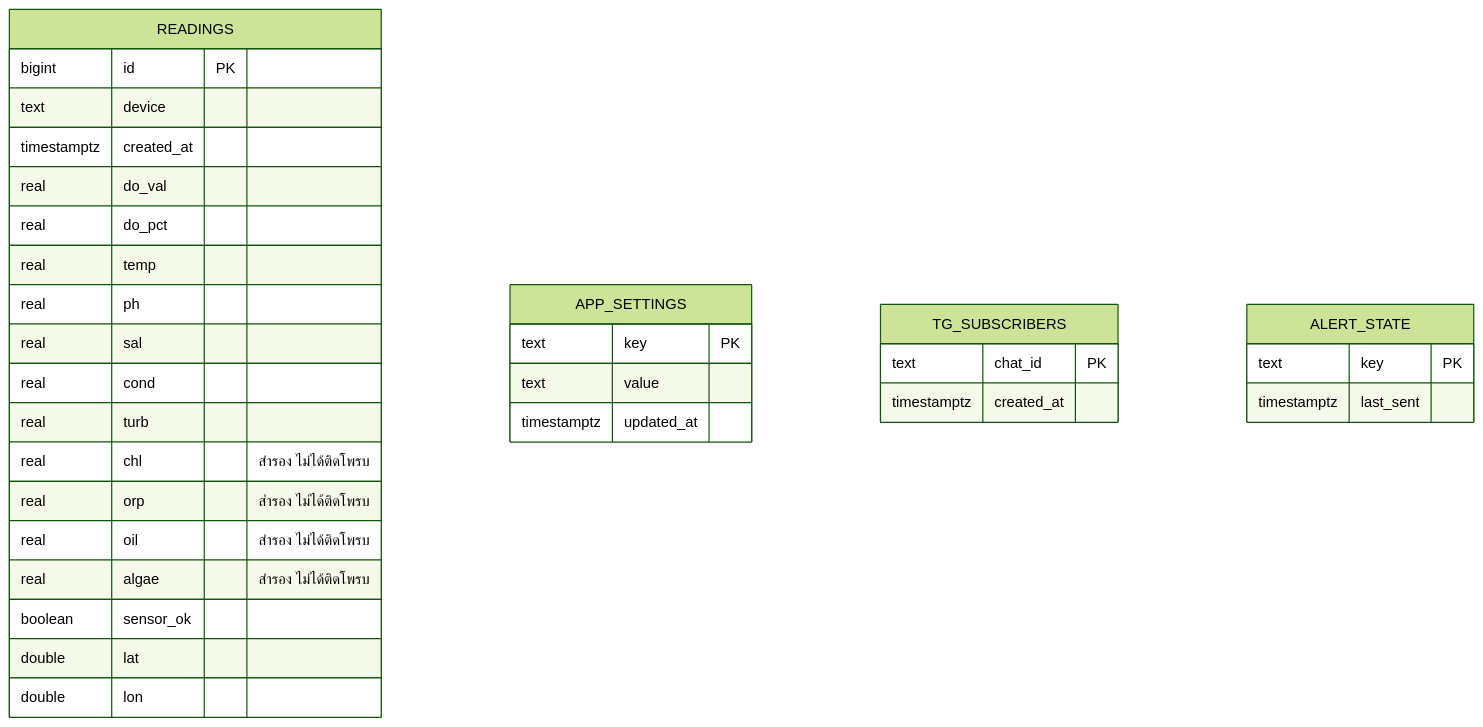
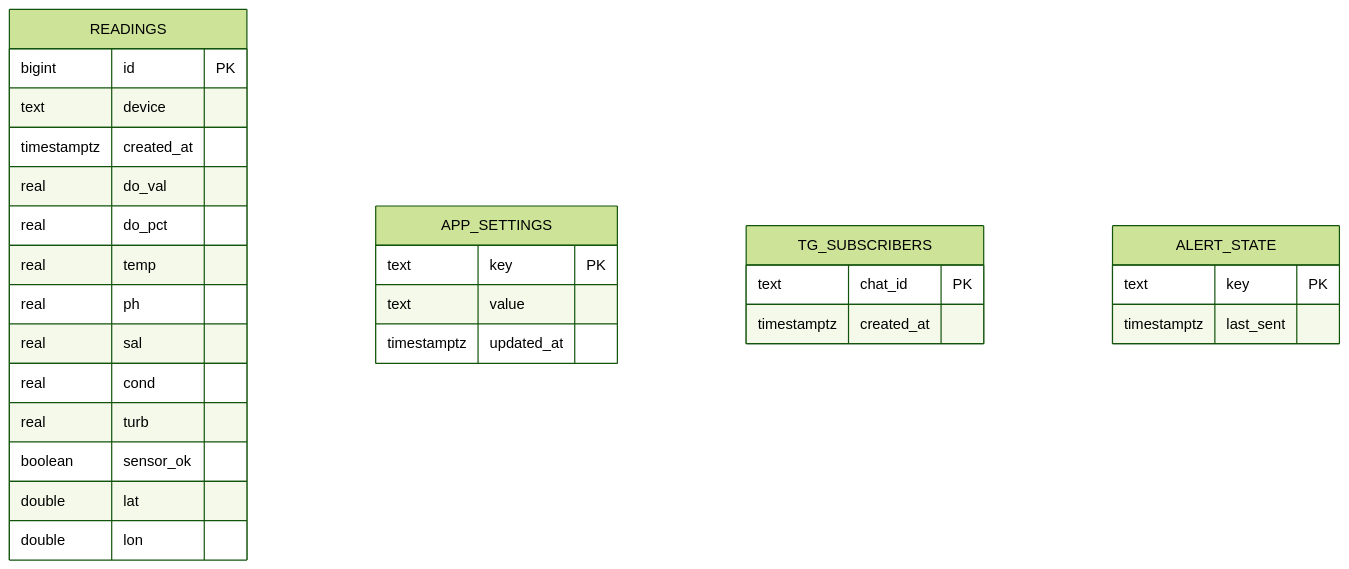
The third of 10 diagrams in 5-extensions/07-thesis-chapters.md (MERMAX04/Real-time-Marine-Water-Quality-Monitoring-Buoy-System), drawn with Mermaid (forest theme) before and after one commit. The commit also changed other lines of this file and 8 other files, not shown here.

First line of the commit message:
Schema + docs: chl/orp/oil/algae columns dropped from Supabase

````diff
--- a/5-extensions/07-thesis-chapters.md
+++ b/5-extensions/07-thesis-chapters.md
@@ -52,35 +52,31 @@
 ```mermaid
 erDiagram
   READINGS {
     bigint id PK
     text device
     timestamptz created_at
     real do_val
     real do_pct
     real temp
     real ph
     real sal
     real cond
     real turb
-    real chl "สำรอง ไม่ได้ติดโพรบ"
-    real orp "สำรอง ไม่ได้ติดโพรบ"
-    real oil "สำรอง ไม่ได้ติดโพรบ"
-    real algae "สำรอง ไม่ได้ติดโพรบ"
     boolean sensor_ok
     double lat
     double lon
   }
   APP_SETTINGS {
     text key PK
     text value
     timestamptz updated_at
   }
   TG_SUBSCRIBERS {
     text chat_id PK
     timestamptz created_at
   }
   ALERT_STATE {
     text key PK
     timestamptz last_sent
   }
 ```
````
